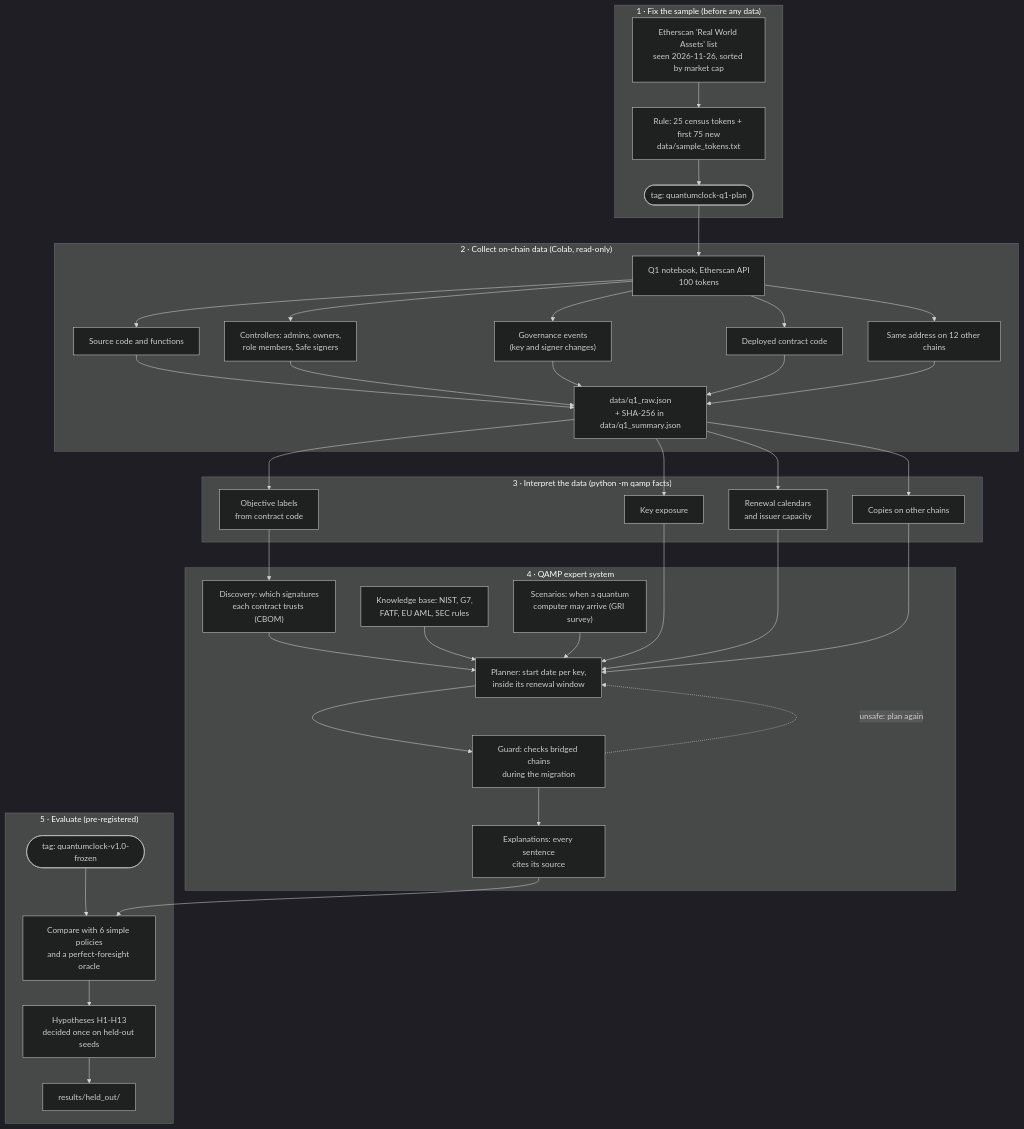
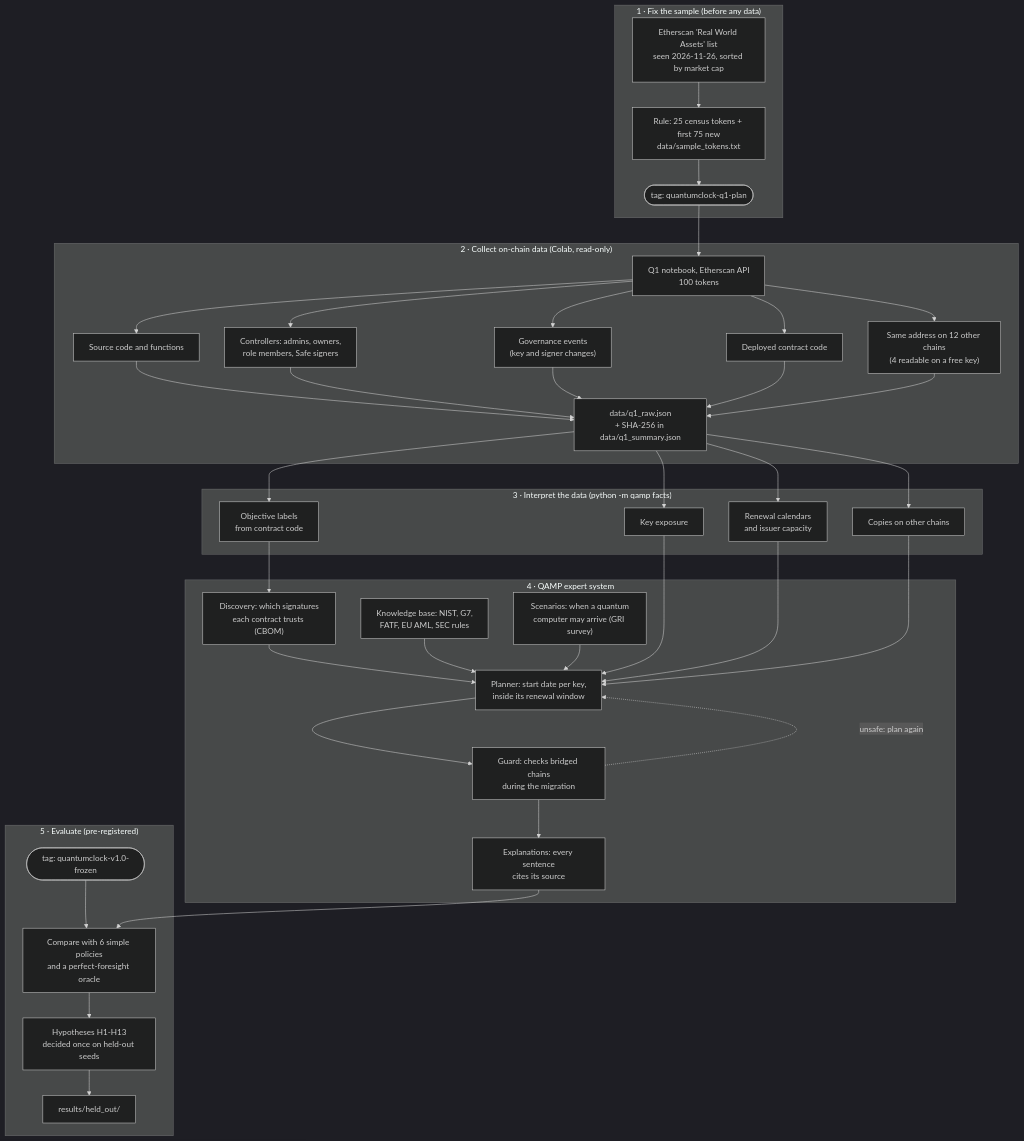
Before and after one commit to FahdSaif/RWA-Asset-tokenization: the first of 2 diagrams in rwa-quantumclock/docs/EXPERIMENT.md, drawn with Mermaid (dark theme). The commit also changed other lines of this file and 3 other files, not shown here.

````diff
--- a/rwa-quantumclock/docs/EXPERIMENT.md
+++ b/rwa-quantumclock/docs/EXPERIMENT.md
@@ -7,55 +7,55 @@
 ```mermaid
 flowchart TD
     subgraph S1["1 · Fix the sample (before any data)"]
         A["Etherscan 'Real World Assets' list<br/>seen 2026-11-26, sorted by market cap"]
         B["Rule: 25 census tokens + first 75 new<br/>data/sample_tokens.txt"]
         T1(["tag: quantumclock-q1-plan"])
         A --> B --> T1
     end
 
     subgraph S2["2 · Collect on-chain data (Colab, read-only)"]
         C["Q1 notebook, Etherscan API<br/>100 tokens"]
         C1["Source code and functions"]
         C2["Controllers: admins, owners,<br/>role members, Safe signers"]
         C3["Governance events<br/>(key and signer changes)"]
         C4["Deployed contract code"]
-        C5["Same address on 12 other chains"]
+        C5["Same address on 12 other chains<br/>(4 readable on a free key)"]
         D["data/q1_raw.json<br/>+ SHA-256 in data/q1_summary.json"]
         C --> C1 & C2 & C3 & C4 & C5 --> D
     end
 
     subgraph S3["3 · Interpret the data (python -m qamp facts)"]
         E1["Key exposure"]
         E2["Renewal calendars<br/>and issuer capacity"]
         E3["Copies on other chains"]
         E4["Objective labels<br/>from contract code"]
     end
 
     subgraph S4["4 · QAMP expert system"]
         F1["Discovery: which signatures<br/>each contract trusts (CBOM)"]
         F2["Knowledge base: NIST, G7,<br/>FATF, EU AML, SEC rules"]
         F3["Scenarios: when a quantum<br/>computer may arrive (GRI survey)"]
         F4["Planner: start date per key,<br/>inside its renewal window"]
         F5["Guard: checks bridged chains<br/>during the migration"]
         F6["Explanations: every sentence<br/>cites its source"]
         F1 --> F4
         F2 --> F4
         F3 --> F4
         F4 --> F5 --> F6
         F5 -. "unsafe: plan again" .-> F4
     end
 
     subgraph S5["5 · Evaluate (pre-registered)"]
         G1["Compare with 6 simple policies<br/>and a perfect-foresight oracle"]
         G2["Hypotheses H1-H13<br/>decided once on held-out seeds"]
         T2(["tag: quantumclock-v1.0-frozen"])
         G3["results/held_out/"]
         T2 --> G1 --> G2 --> G3
     end
 
     T1 --> C
     D --> E1 & E2 & E3 & E4
     E1 & E2 & E3 --> F4
     E4 --> F1
     F6 --> G1
 ```
````
